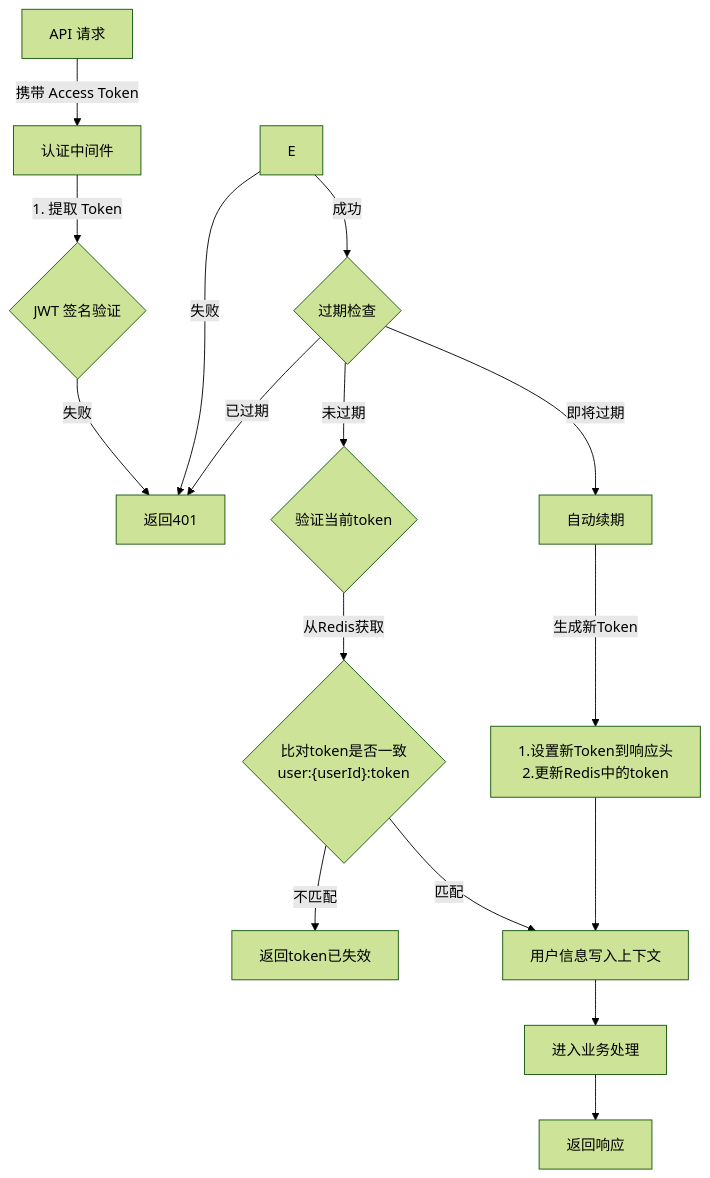
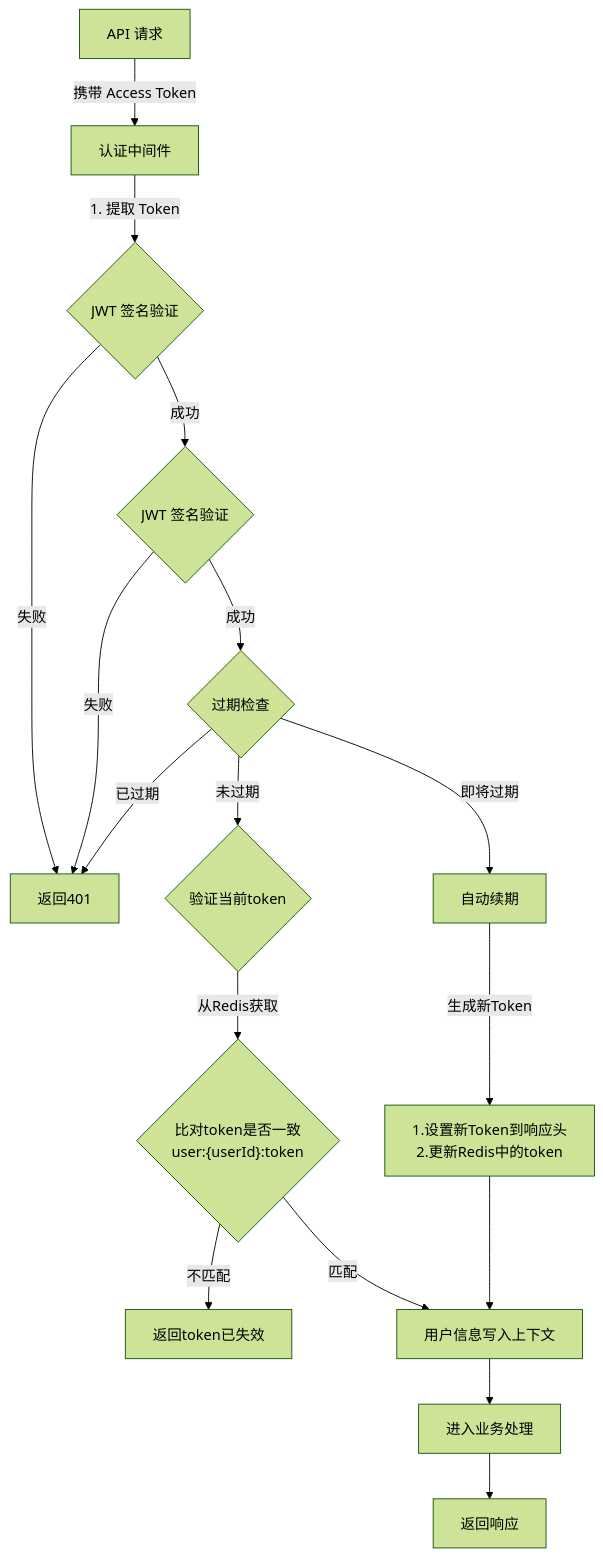
One commit to yingjianzh/iodraw-files changed the diagram in all/未命名-15.md. Above: the diagram before and after it, drawn with Mermaid (forest theme).

Commit message:
2025-01-03 10:52:38 update

````diff
--- a/all/未命名-15.md
+++ b/all/未命名-15.md
@@ -1,25 +1,26 @@
 ```mermaid
 flowchart TD
     A[API 请求] -->|携带 Access Token| B[认证中间件]
     B -->|1. 提取 Token| C{JWT 签名验证}
     C -->|失败| D[返回401]
+    C -->|成功| E{JWT 签名验证}
     E -->|失败| D
     E -->|成功| F{过期检查}
     
     F -->|已过期| D
     F -->|即将过期| G[自动续期]
     F -->|未过期| H{验证当前token}
     
     H -->|从Redis获取| I{"比对token是否一致
     user:{userId}:token"}
     I -->|不匹配| J[返回token已失效]
     I -->|匹配| K[用户信息写入上下文]
     K --> L[进入业务处理]
     L --> N[返回响应]
     
     G -->|生成新Token| M["1.设置新Token到响应头
     2.更新Redis中的token"]
     M --> K
 
     
 ```
````
